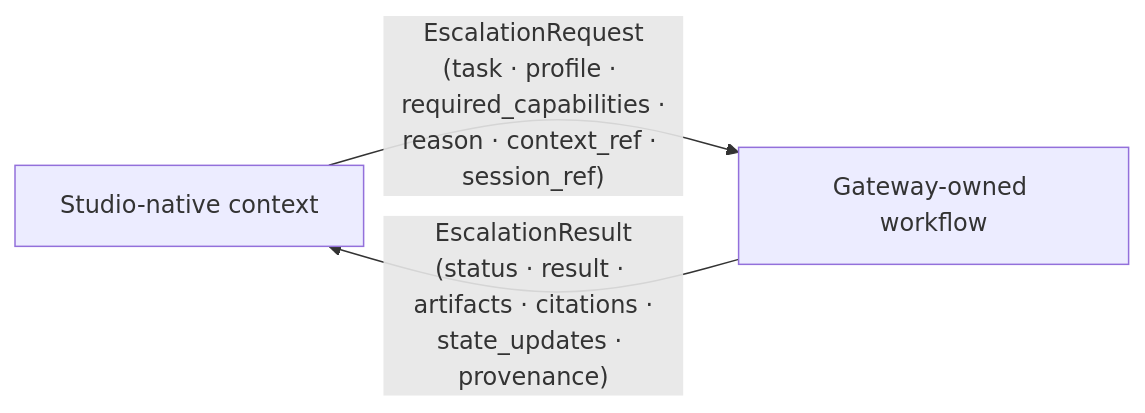
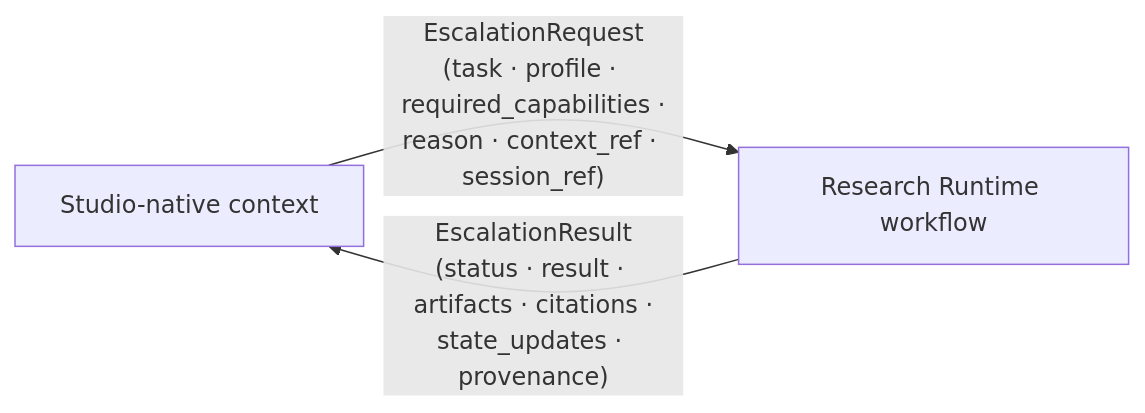
Before and after one commit to mitem743351/qwen: the fourth of 5 diagrams in docs/architecture/diagrams/operating-modes.md, drawn with Mermaid. The commit also changed other lines of this file and 36 other files, not shown here.

First line of the commit message:
Phase 0.75: runtime boundary and execution architecture

````diff
--- a/docs/architecture/diagrams/operating-modes.md
+++ b/docs/architecture/diagrams/operating-modes.md
@@ -68,5 +75,5 @@
 ```mermaid
 flowchart LR
-    SN["Studio-native context"] -->|"EscalationRequest<br/>(task · profile · required_capabilities ·<br/>reason · context_ref · session_ref)"| GW["Gateway-owned workflow"]
-    GW -->|"EscalationResult<br/>(status · result · artifacts · citations ·<br/>state_updates · provenance)"| SN
+    SN["Studio-native context"] -->|"EscalationRequest<br/>(task · profile · required_capabilities ·<br/>reason · context_ref · session_ref)"| RR["Research Runtime workflow"]
+    RR -->|"EscalationResult<br/>(status · result · artifacts · citations ·<br/>state_updates · provenance)"| SN
 ```
````
